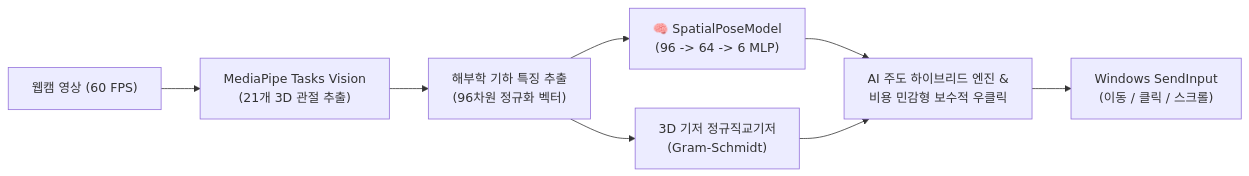
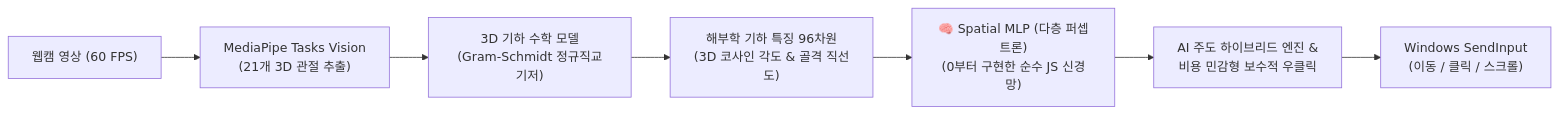
Before and after one commit to hwnkue10-arch/manux: the diagram in README.md, drawn with Mermaid. The commit also changed other lines of this file, not shown here.

````diff
--- a/README.md
+++ b/README.md
@@ -46,10 +46,9 @@
 ```mermaid
 flowchart LR
     A["웹캠 영상 (60 FPS)"] --> B["MediaPipe Tasks Vision<br/>(21개 3D 관절 추출)"]
-    B --> C["해부학 기하 특징 추출<br/>(96차원 정규화 벡터)"]
-    C --> D["🧠 SpatialPoseModel<br/>(96 -> 64 -> 6 MLP)"]
-    C --> E["3D 기저 정규직교기저<br/>(Gram-Schmidt)"]
-    D --> F["AI 주도 하이브리드 엔진 &<br/>비용 민감형 보수적 우클릭"]
-    E --> F
+    B --> C["3D 기하 수학 모델<br/>(Gram-Schmidt 정규직교기저)"]
+    C --> D["해부학 기하 특징 96차원<br/>(3D 코사인 각도 & 골격 직선도)"]
+    D --> E["🧠 Spatial MLP (다층 퍼셉트론)<br/>(0부터 구현한 순수 JS 신경망)"]
+    E --> F["AI 주도 하이브리드 엔진 &<br/>비용 민감형 보수적 우클릭"]
     F --> G["Windows SendInput<br/>(이동 / 클릭 / 스크롤)"]
 ```
````
